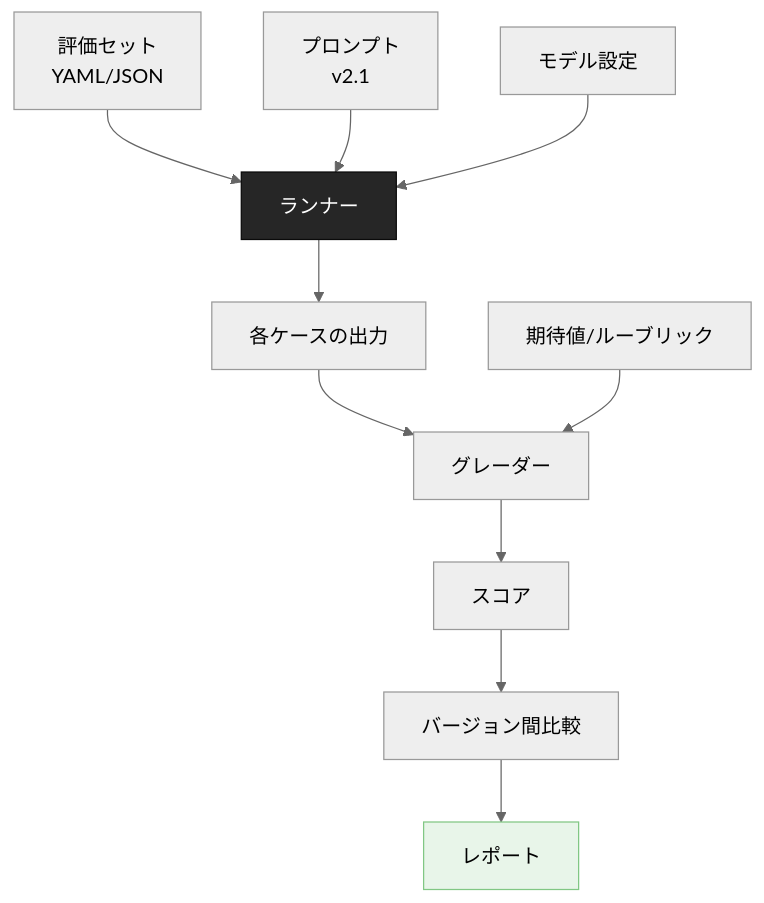
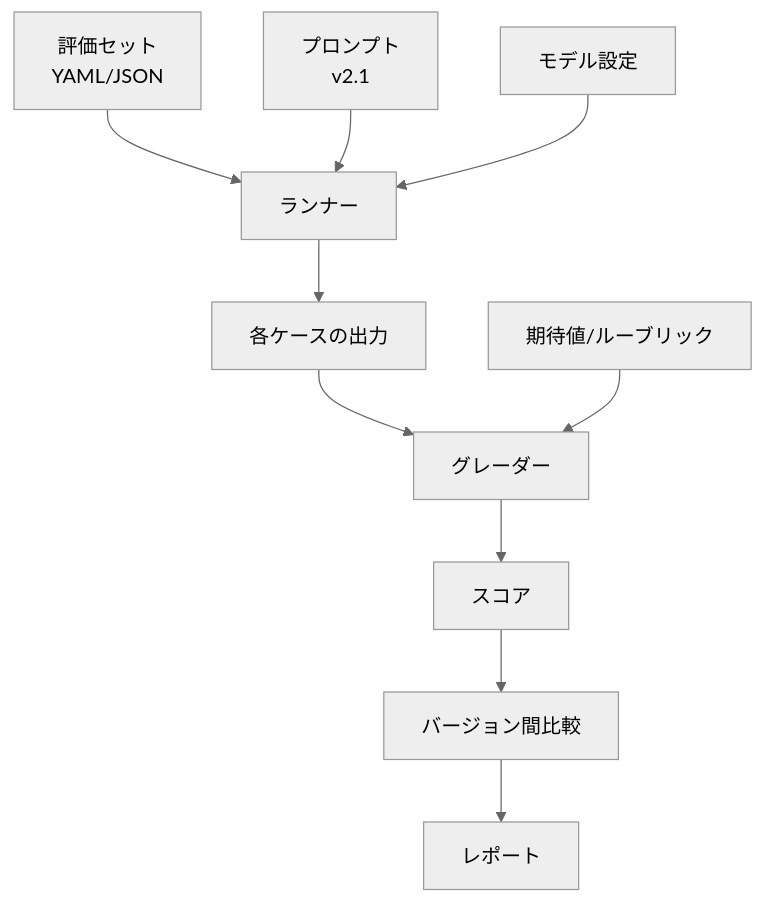
Before and after one commit to dinekt/dinekt-wiki: the first of 3 diagrams in docs/tools/評価ハーネスの設計-プロンプトを育てる仕組み.md, drawn with Mermaid (neutral theme). The commit also changed other lines of this file and 70 other files, not shown here.

First line of the commit message:
fix(mermaid): strip all inline styling, rely on theme

````diff
--- a/docs/tools/評価ハーネスの設計-プロンプトを育てる仕組み.md
+++ b/docs/tools/評価ハーネスの設計-プロンプトを育てる仕組み.md
@@ -25,15 +25,13 @@
 ```mermaid
 flowchart TD
     ES[評価セット<br/>YAML/JSON] --> R[ランナー]
     PROMPT[プロンプト<br/>v2.1] --> R
     MODEL[モデル設定] --> R
     R --> OUT[各ケースの出力]
     OUT --> G[グレーダー]
     REF[期待値/ルーブリック] --> G
     G --> S[スコア]
     S --> CMP[バージョン間比較]
     CMP --> REP[レポート]
 
-    style R fill:#262626,color:#fff,stroke:#0a0a0a
-    style REP fill:#e8f5e9,stroke:#81c784,color:#000
 ```
````
